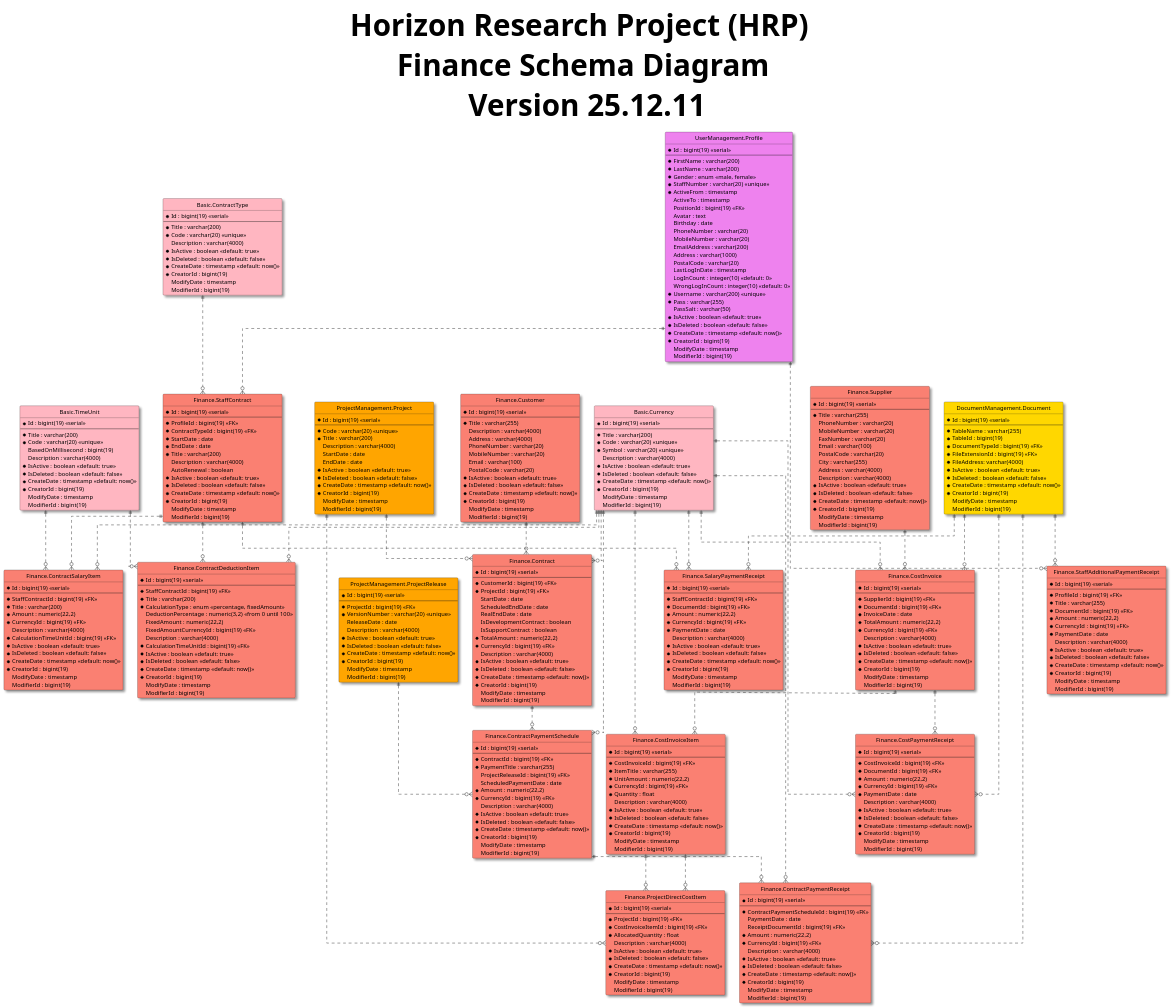
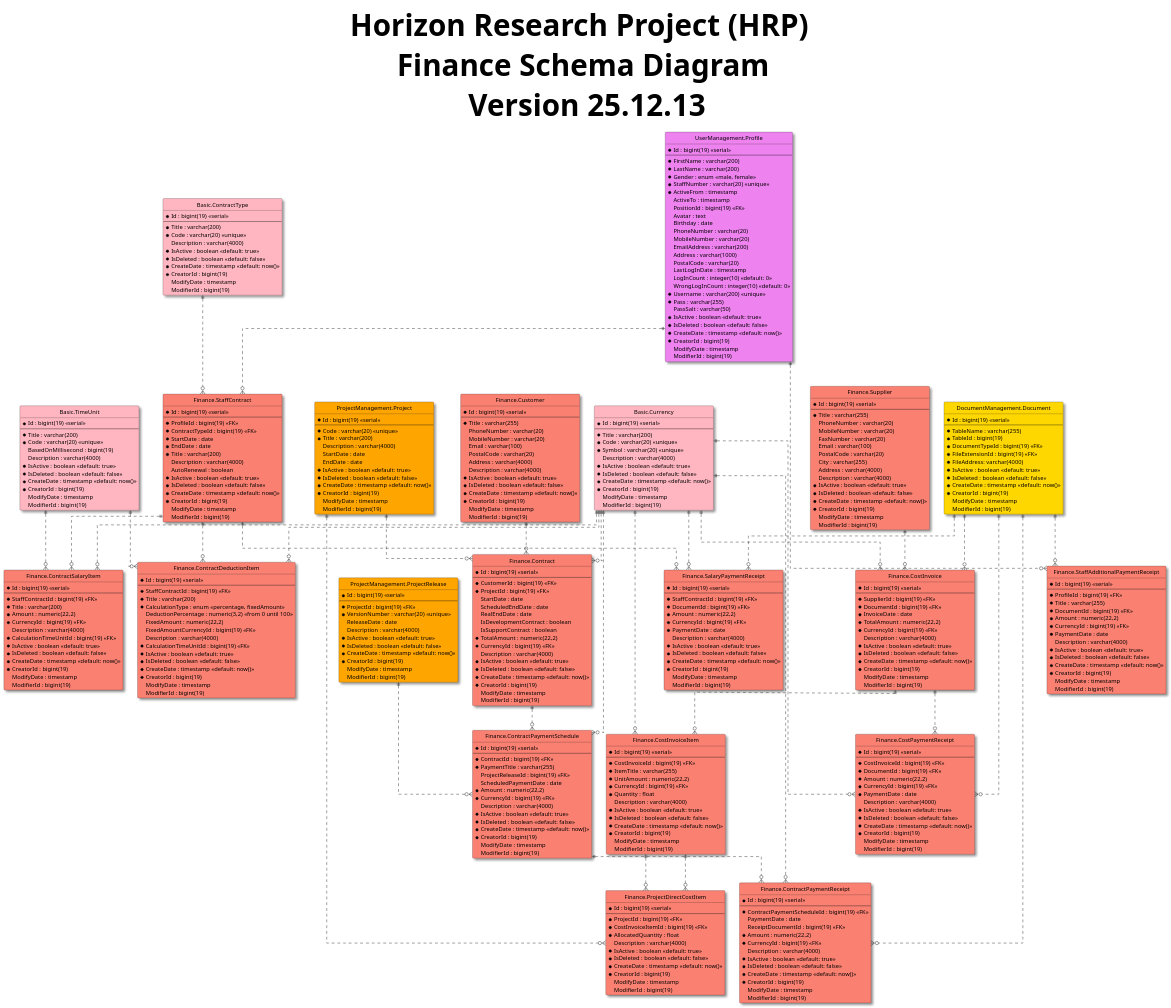
Before and after one commit to shadowfox1984/Horizon: the diagram in 3-HorizonModeling/3.1-HorizonUml/ERD/Schemas/FinanceSchemaDiagram.puml, drawn with PlantUML. The commit also changed 15 other files, not shown here.

```diff
--- a/3-HorizonModeling/3.1-HorizonUml/ERD/Schemas/FinanceSchemaDiagram.puml
+++ b/3-HorizonModeling/3.1-HorizonUml/ERD/Schemas/FinanceSchemaDiagram.puml
@@ -5,7 +5,7 @@
 skinparam Shadowing True
 skinparam TitleFontSize 72pt
 
-title Horizon Research Project (HRP) \n Finance Schema Diagram \n Version 25.12.11
+title Horizon Research Project (HRP) \n Finance Schema Diagram \n Version 25.12.13
 
 entity "Basic.ContractType" as contractType #LightPink{
   *Id : bigint(19) <<serial>>
@@ -308,12 +308,12 @@
   *Id : bigint(19) <<serial>>
   --
   *Title : varchar(255)
-  Description : varchar(4000)
-  Address : varchar(4000)
   PhoneNumber : varchar(20)
   MobileNumber : varchar(20)
   Email : varchar(100)
   PostalCode : varchar(20)
+  Address : varchar(4000)
+  Description : varchar(4000)
   *IsActive : boolean <<default: true>>
   *IsDeleted : boolean <<default: false>>
   *CreateDate : timestamp <<default: now()>>
```
